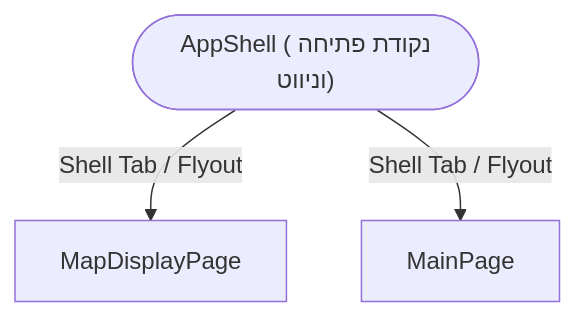
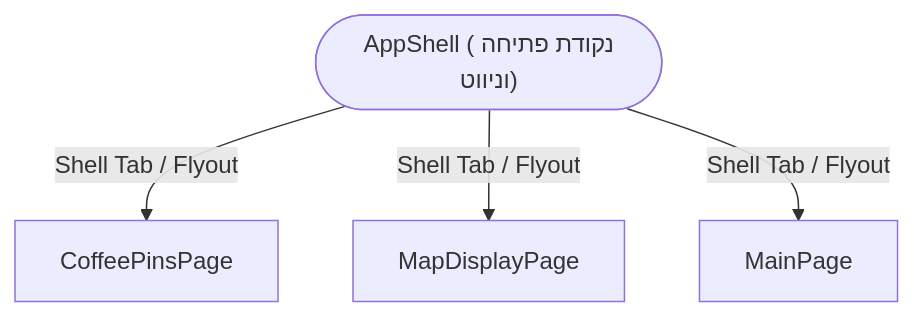
Before and after one commit to stma1one/MauiGoogleMapSample: the diagram in Learning/Diagrams/Screen-Flow.mmd, drawn with Mermaid. The commit also changed 38 other files, not shown here.

Commit message:
feat(stage-03): add CoffeePinsPage, data-bound Pins, click events, xunit.v3 tests, and PDF guides

```diff
--- a/Learning/Diagrams/Screen-Flow.mmd
+++ b/Learning/Diagrams/Screen-Flow.mmd
@@ -1,4 +1,5 @@
 flowchart TD
   AppShell(["AppShell (נקודת פתיחה וניווט)"])
+  AppShell -->|"Shell Tab / Flyout"| CoffeePinsPage
   AppShell -->|"Shell Tab / Flyout"| MapDisplayPage
   AppShell -->|"Shell Tab / Flyout"| MainPage
```
